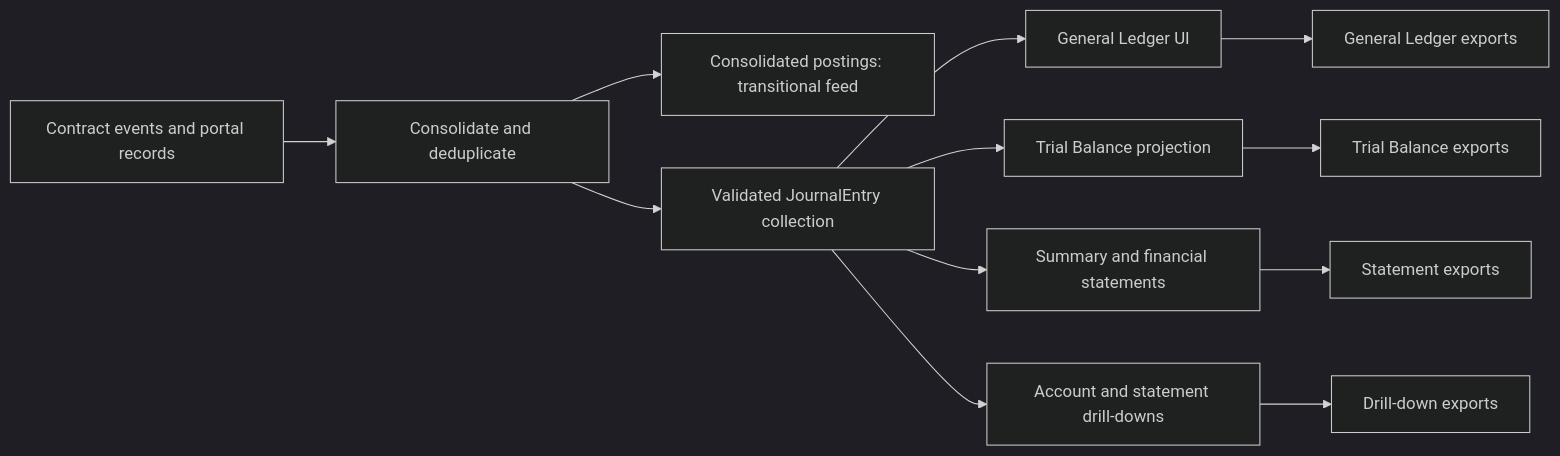
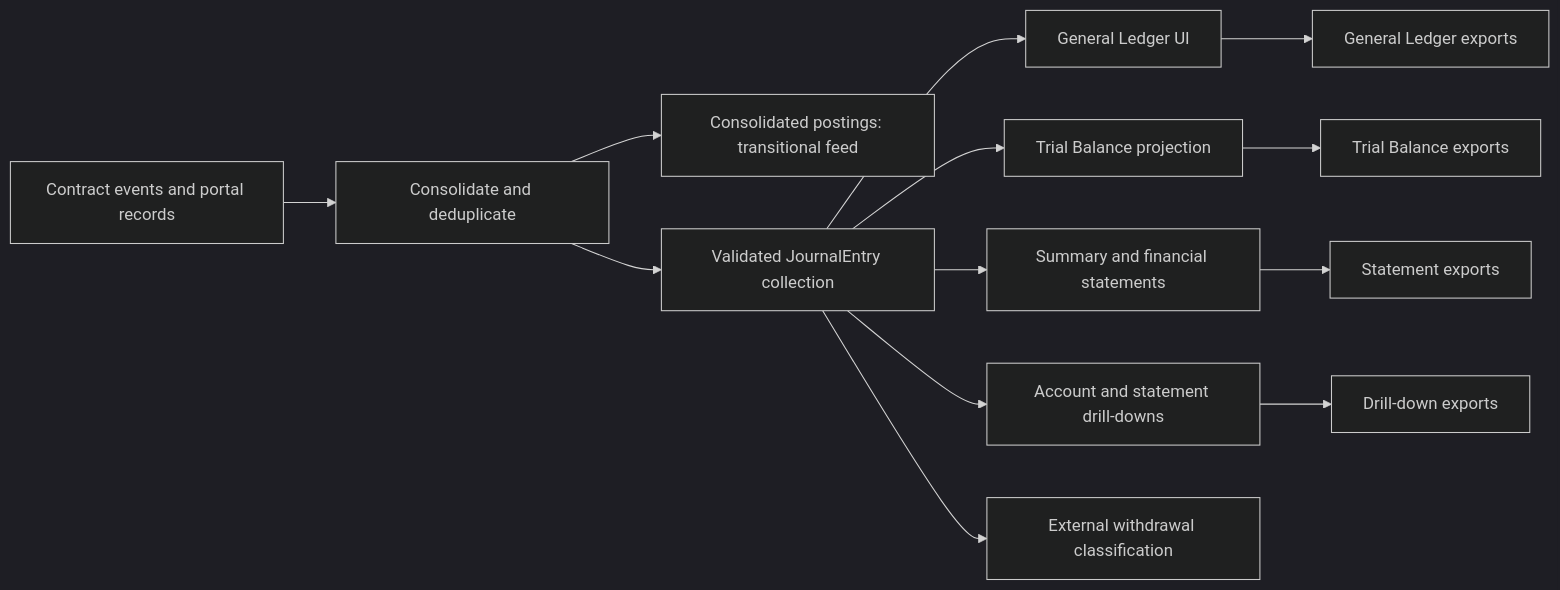
The diagram in docs/features/accounting/README.md (globe-and-citizen/cnc-portal), drawn with Mermaid (dark theme) before and after one commit. The commit also changed other lines of this file and 1 other file, not shown here.

Commit message:
docs: 📝 document journal-based treasury classification

````diff
--- a/docs/features/accounting/README.md
+++ b/docs/features/accounting/README.md
@@ -47,14 +49,15 @@
 ```mermaid
 flowchart LR
     Sources[Contract events and portal records] --> Consolidate[Consolidate and deduplicate]
     Consolidate --> Postings[Consolidated postings: transitional feed]
     Consolidate --> Journal[Validated JournalEntry collection]
     Journal --> GeneralLedger[General Ledger UI]
     Journal --> Trial[Trial Balance projection]
     Journal --> Statements[Summary and financial statements]
     Journal --> Drilldowns[Account and statement drill-downs]
+    Journal --> Classification[External withdrawal classification]
     GeneralLedger --> GeneralLedgerExports[General Ledger exports]
     Trial --> TrialExports[Trial Balance exports]
     Statements --> StatementExports[Statement exports]
     Drilldowns --> DrilldownExports[Drill-down exports]
 ```
````
